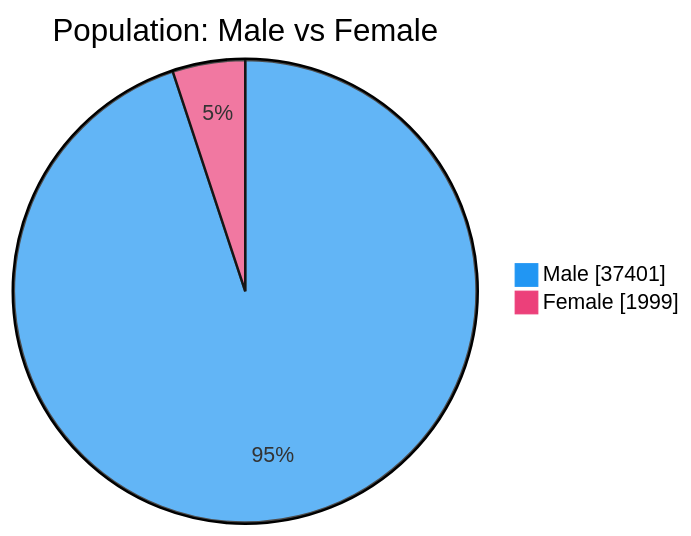
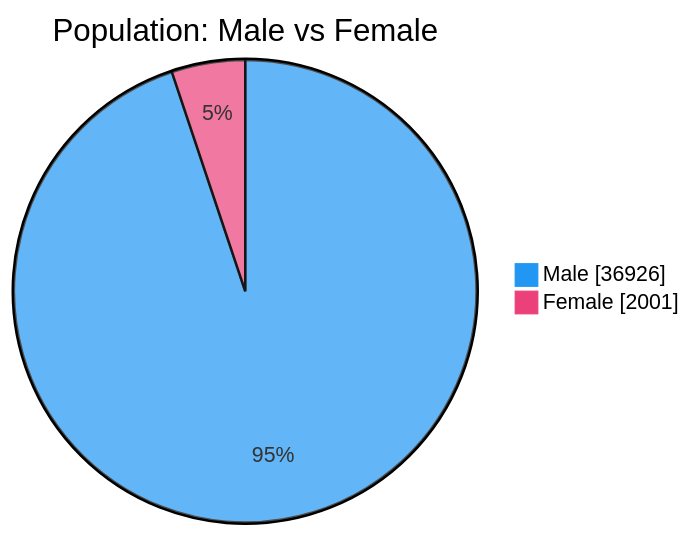
The second of 7 diagrams in README.md (nuuuwan/lk_prisons), drawn with Mermaid before and after one commit. The commit also changed other lines of this file and 1 other file, not shown here.

````diff
--- a/README.md
+++ b/README.md
@@ -54,6 +54,6 @@
 ```mermaid
 %%{init: {'themeVariables': {'pie1': '#2196F3', 'pie2': '#EC407A'}}}%%
 pie showData title Population: Male vs Female
-    "Male" : 37401
-    "Female" : 1999
+    "Male" : 36926
+    "Female" : 2001
 ```
````
